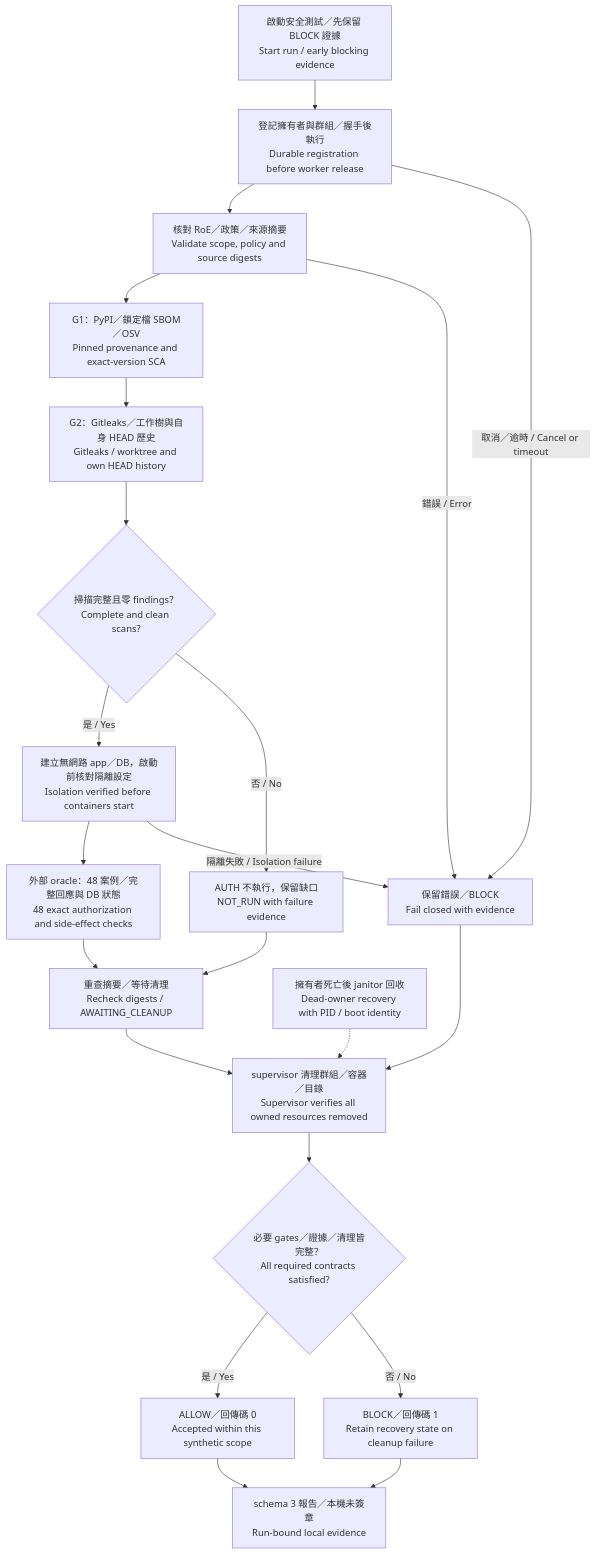
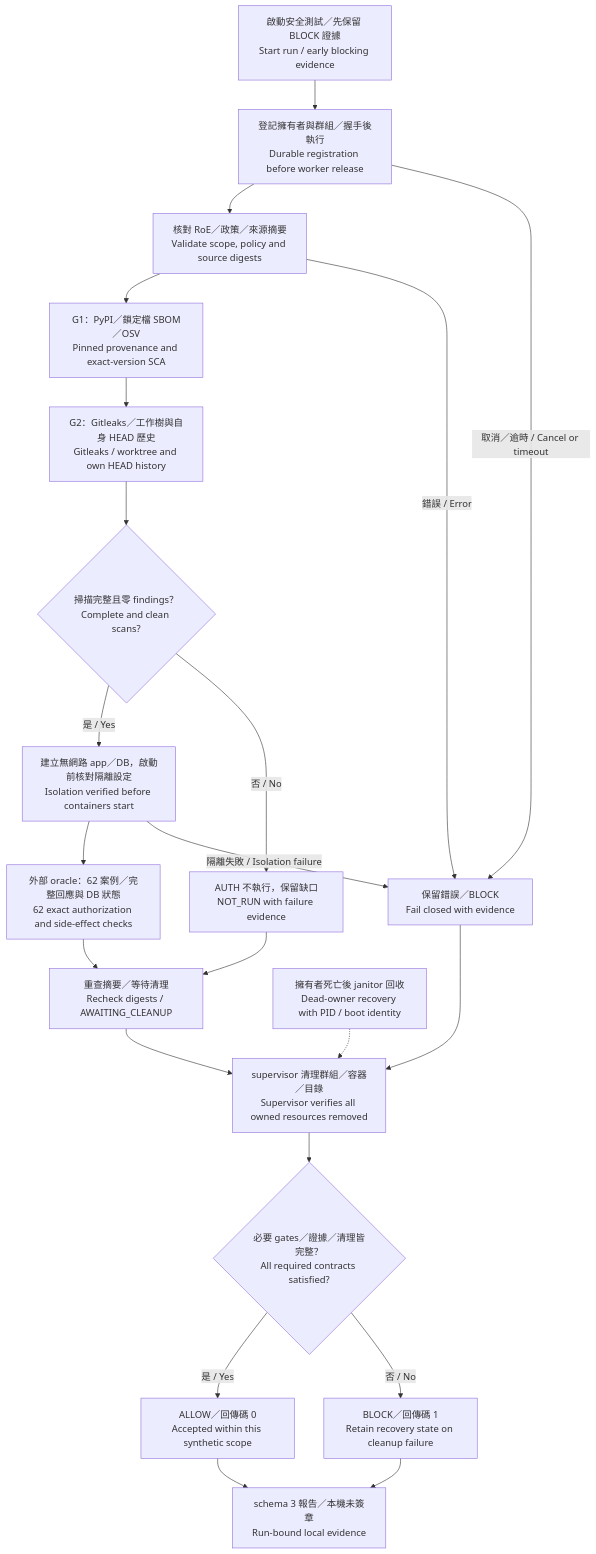
Before and after one commit to chinchiang/MultiAgentEpsilon: the diagram in docs/diagrams/security-flow.mmd, drawn with Mermaid. The commit also changed 5 other files, not shown here.

Commit message:
docs: sync README, milestone status, and diagrams to 62 AUTH cases (bbaecc5)

```diff
--- a/docs/diagrams/security-flow.mmd
+++ b/docs/diagrams/security-flow.mmd
@@ -1,22 +1,22 @@
 flowchart TB
     Start["啟動安全測試／先保留 BLOCK 證據<br/>Start run / early blocking evidence"] --> Parent["登記擁有者與群組／握手後執行<br/>Durable registration before worker release"]
     Parent --> Config["核對 RoE／政策／來源摘要<br/>Validate scope, policy and source digests"]
     Config --> G1["G1：PyPI／鎖定檔 SBOM／OSV<br/>Pinned provenance and exact-version SCA"]
     G1 --> G2["G2：Gitleaks／工作樹與自身 HEAD 歷史<br/>Gitleaks / worktree and own HEAD history"]
     G2 --> Ready{"掃描完整且零 findings？<br/>Complete and clean scans?"}
     Ready -->|"是 / Yes"| Runtime["建立無網路 app／DB，啟動前核對隔離設定<br/>Isolation verified before containers start"]
     Ready -->|"否 / No"| Skip["AUTH 不執行，保留缺口<br/>NOT_RUN with failure evidence"]
-    Runtime --> Auth["外部 oracle：48 案例／完整回應與 DB 狀態<br/>48 exact authorization and side-effect checks"]
+    Runtime --> Auth["外部 oracle：62 案例／完整回應與 DB 狀態<br/>62 exact authorization and side-effect checks"]
     Auth --> Pending["重查摘要／等待清理<br/>Recheck digests / AWAITING_CLEANUP"]
     Skip --> Pending
     Config -->|"錯誤 / Error"| Error["保留錯誤／BLOCK<br/>Fail closed with evidence"]
     Runtime -->|"隔離失敗 / Isolation failure"| Error
     Parent -->|"取消／逾時 / Cancel or timeout"| Error
     Pending --> Cleanup["supervisor 清理群組／容器／目錄<br/>Supervisor verifies all owned resources removed"]
     Error --> Cleanup
     Recovery["擁有者死亡後 janitor 回收<br/>Dead-owner recovery with PID / boot identity"] -.-> Cleanup
     Cleanup --> Eligible{"必要 gates／證據／清理皆完整？<br/>All required contracts satisfied?"}
     Eligible -->|"是 / Yes"| Allow["ALLOW／回傳碼 0<br/>Accepted within this synthetic scope"]
     Eligible -->|"否 / No"| Block["BLOCK／回傳碼 1<br/>Retain recovery state on cleanup failure"]
     Allow --> Report["schema 3 報告／本機未簽章<br/>Run-bound local evidence"]
     Block --> Report
```
